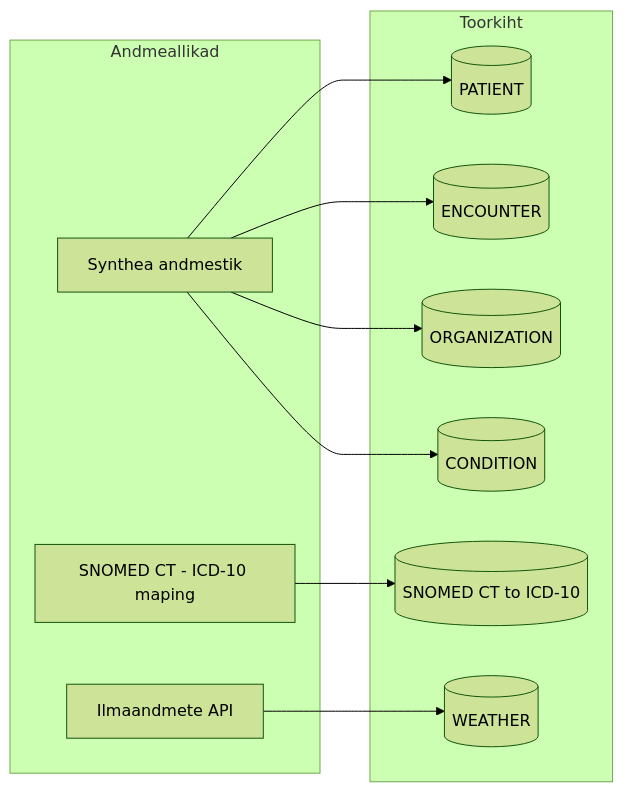
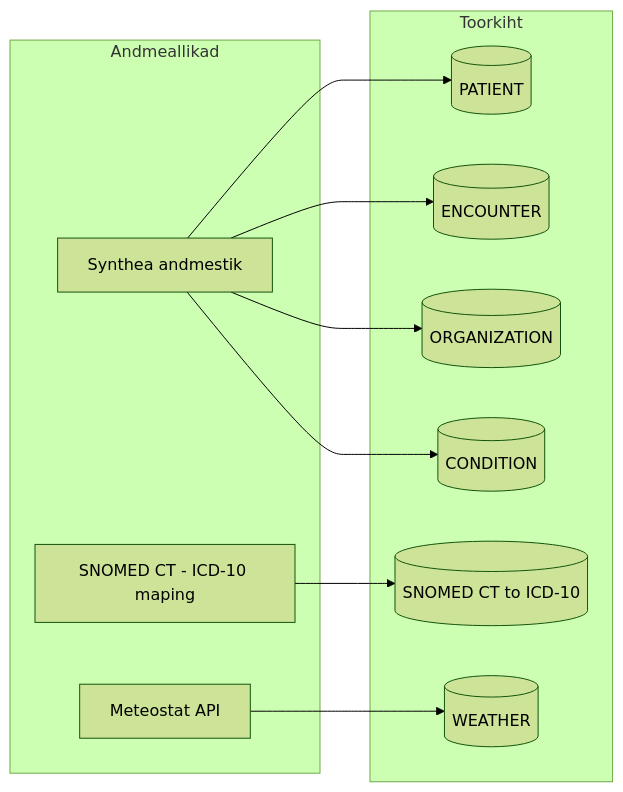
One commit to sergeierbin/weather-disease-correlation changed the first of 3 diagrams in docs/arhitektuur.md. Above: the diagram before and after it, drawn with Mermaid (forest theme). The commit also changed other lines of this file and 4 other files, not shown here.

````diff
--- a/docs/arhitektuur.md
+++ b/docs/arhitektuur.md
@@ -11,28 +11,28 @@
 ```mermaid
 %% Andmeallikad
 
 graph LR
     subgraph Andmeallikad
         A[Synthea andmestik] 
         B[SNOMED CT - ICD-10 maping]
-        C[Ilmaandmete API]
+        C[Meteostat API]
     end
 
     subgraph Toorkiht
         D[(PATIENT)]
         E[(ENCOUNTER)]
         F[(ORGANIZATION)]
         G[(SNOMED CT to ICD-10)]
         H[(WEATHER)]
         I[(CONDITION)]
     end
 
     A --> D
     A --> E
     A --> F
     A --> I
     
     B --> G
 
     C --> H
 ```
````
